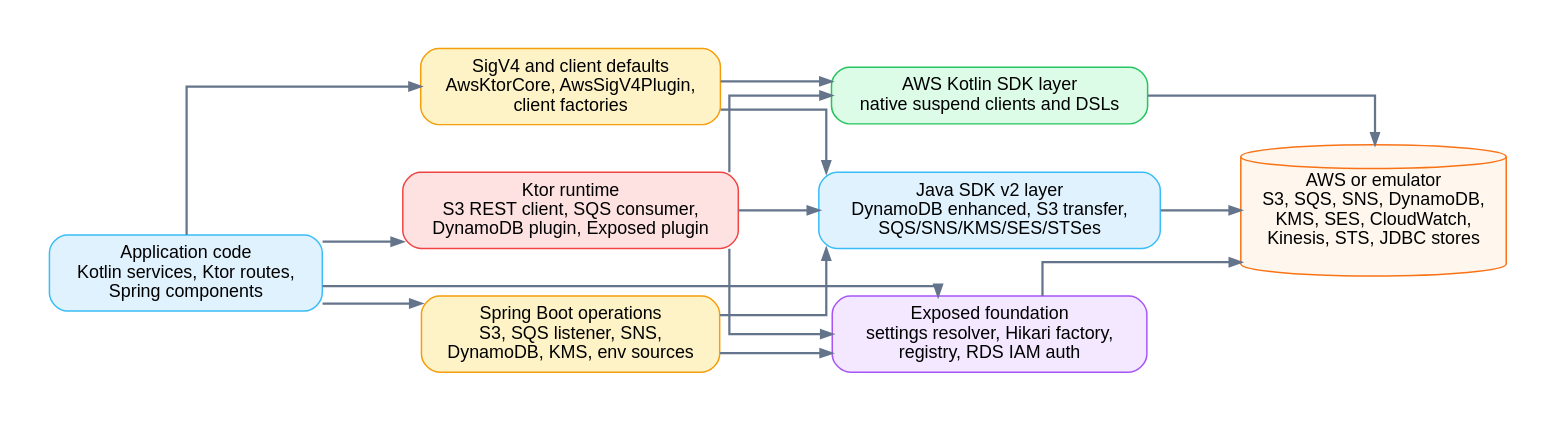
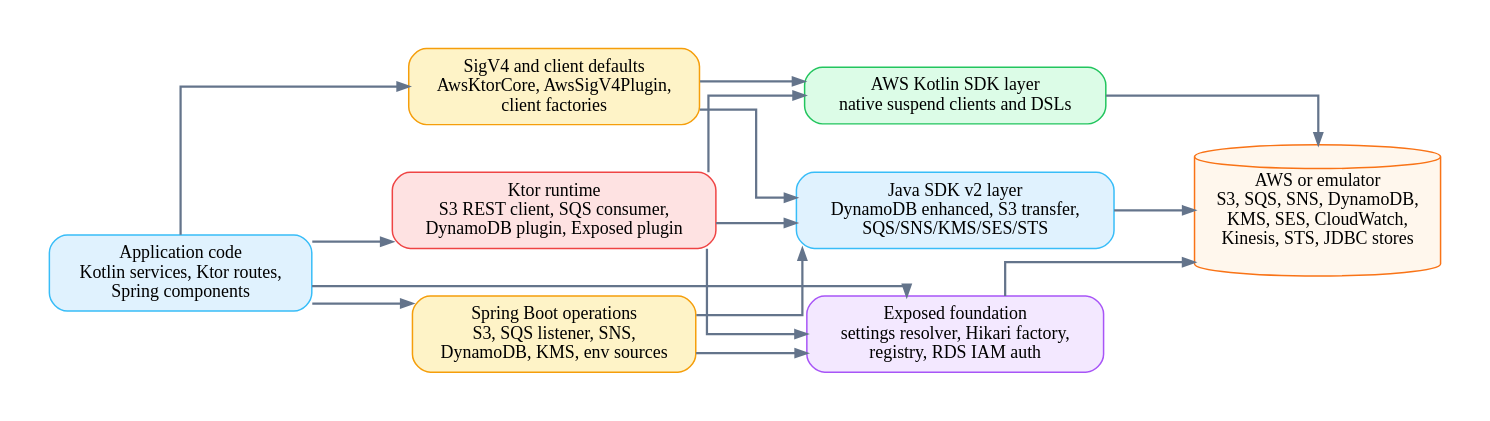
The diagram in docs/assets/readme-diagrams/bluetape4k-aws-components-04.dot (bluetape4k/bluetape4k-aws), drawn with Graphviz before and after one commit. The commit also changed 388 other files, not shown here.

First line of the commit message:
docs: align AWS module diagrams and Java folder

```diff
--- a/docs/assets/readme-diagrams/bluetape4k-aws-components-04.dot
+++ b/docs/assets/readme-diagrams/bluetape4k-aws-components-04.dot
@@ -1,29 +1,29 @@
 digraph Bluetape4kAwsComponents {
   graph [rankdir=LR, bgcolor="#ffffff", pad=0.35, nodesep=0.45, ranksep=0.75, splines=ortho]
-  node [shape=box, style="rounded,filled", fontname="Helvetica", fontsize=12, margin="0.14,0.09", color="#94a3b8", fillcolor="#f8fafc"]
-  edge [fontname="Helvetica", fontsize=10, color="#64748b", penwidth=1.5, arrowsize=0.75]
+  node [shape=box, style="rounded,filled", fontname="Architects Daughter", fontsize=12, margin="0.14,0.09", color="#94a3b8", fillcolor="#f8fafc"]
+  edge [fontname="Comic Mono", fontsize=10, color="#64748b", penwidth=1.5, arrowsize=0.75]
 
   app [label="Application code\nKotlin services, Ktor routes,\nSpring components", fillcolor="#e0f2fe", color="#38bdf8"]
   sigv4 [label="SigV4 and client defaults\nAwsKtorCore, AwsSigV4Plugin,\nclient factories", fillcolor="#fef3c7", color="#f59e0b"]
-  java [label="Java SDK v2 layer\nDynamoDB enhanced, S3 transfer,\nSQS/SNS/KMS/SES/STSes", fillcolor="#e0f2fe", color="#38bdf8"]
+  java [label="Java SDK v2 layer\nDynamoDB enhanced, S3 transfer,\nSQS/SNS/KMS/SES/STS", fillcolor="#e0f2fe", color="#38bdf8"]
   kotlin [label="AWS Kotlin SDK layer\nnative suspend clients and DSLs", fillcolor="#dcfce7", color="#22c55e"]
   exposed [label="Exposed foundation\nsettings resolver, Hikari factory,\nregistry, RDS IAM auth", fillcolor="#f3e8ff", color="#a855f7"]
   spring [label="Spring Boot operations\nS3, SQS listener, SNS,\nDynamoDB, KMS, env sources", fillcolor="#fef3c7", color="#f59e0b"]
   ktor [label="Ktor runtime\nS3 REST client, SQS consumer,\nDynamoDB plugin, Exposed plugin", fillcolor="#fee2e2", color="#ef4444"]
   services [label="AWS or emulator\nS3, SQS, SNS, DynamoDB,\nKMS, SES, CloudWatch,\nKinesis, STS, JDBC stores", shape=cylinder, fillcolor="#fff7ed", color="#f97316"]
 
   app -> sigv4
   app -> spring
   app -> ktor
   app -> exposed
   sigv4 -> java
   sigv4 -> kotlin
   spring -> java
   spring -> exposed
   ktor -> java
   ktor -> kotlin
   ktor -> exposed
   java -> services
   kotlin -> services
   exposed -> services
 }
```
